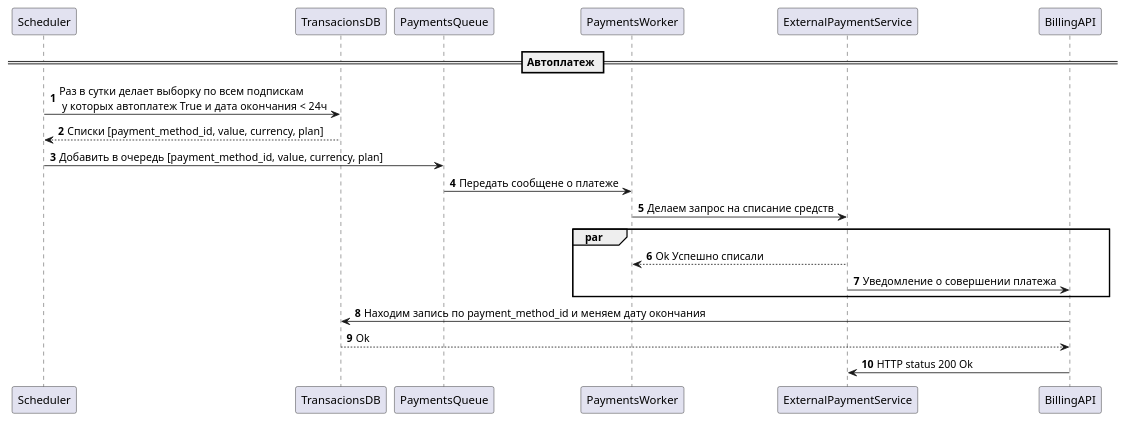
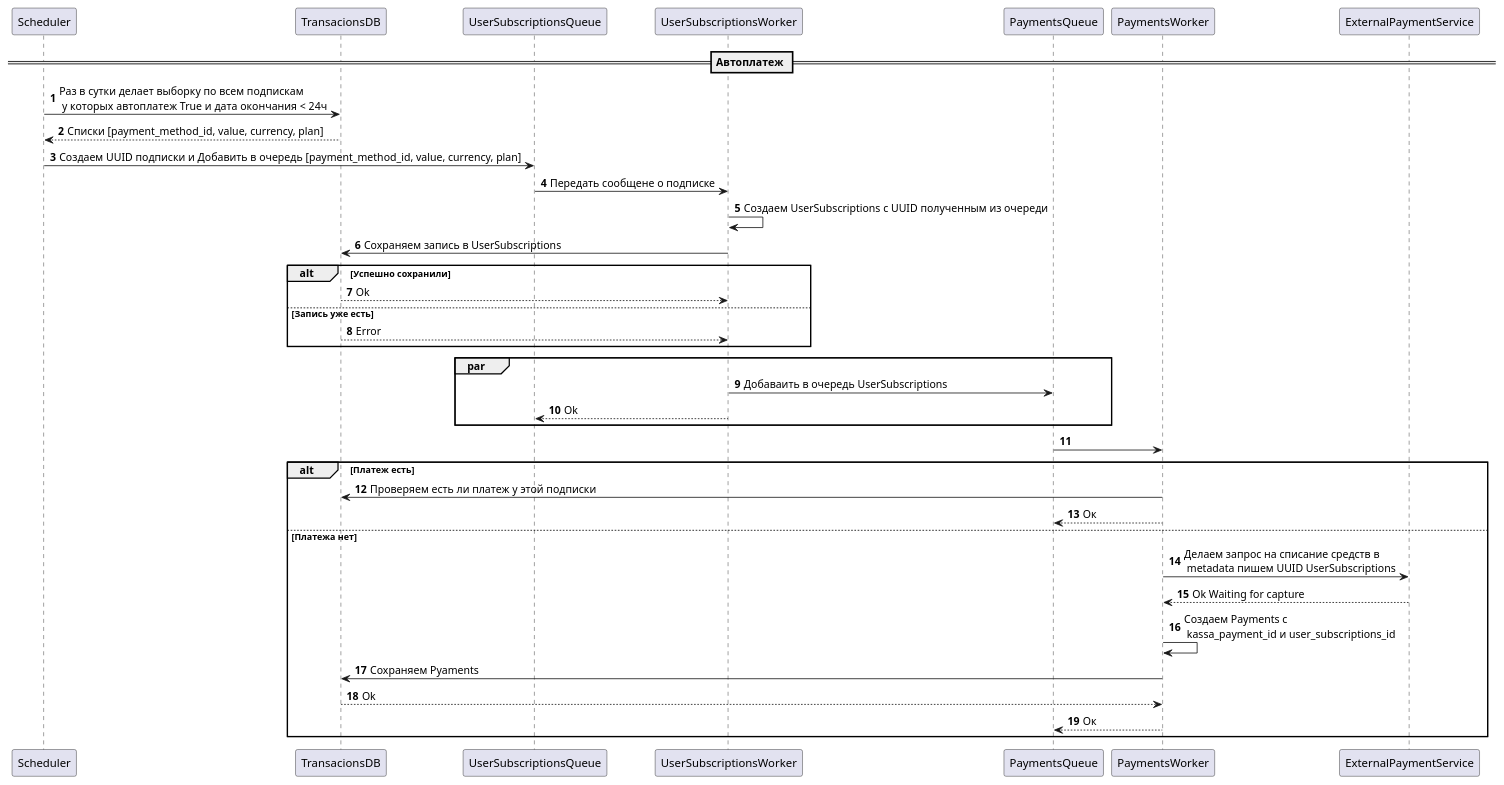
One commit to Practicum-24-10/billing changed the diagram in docs/diagrams/sequences/autopayments.puml. Above: the diagram before and after it, drawn with PlantUML.

Commit message:
Update autopayments diagram

```diff
--- a/docs/diagrams/sequences/autopayments.puml
+++ b/docs/diagrams/sequences/autopayments.puml
@@ -1,31 +1,61 @@
 @startuml to be
 
 == Автоплатеж ==
 
 autonumber
 
 Scheduler -> TransacionsDB: Раз в сутки делает выборку по всем подпискам \n у которых автоплатеж True и дата окончания < 24ч
 
 TransacionsDB --> Scheduler: Списки [payment_method_id, value, currency, plan]
 
-Scheduler -> PaymentsQueue: Добавить в очередь [payment_method_id, value, currency, plan]
+Scheduler -> UserSubscriptionsQueue: Создаем UUID подписки и Добавить в очередь [payment_method_id, value, currency, plan]
 
-PaymentsQueue -> PaymentsWorker: Передать сообщене о платеже
+UserSubscriptionsQueue -> UserSubscriptionsWorker: Передать сообщене о подписке
 
-PaymentsWorker -> ExternalPaymentService: Делаем запрос на списание средств
+UserSubscriptionsWorker -> UserSubscriptionsWorker: Создаем UserSubscriptions с UUID полученным из очереди
+
+UserSubscriptionsWorker -> TransacionsDB: Сохраняем запись в UserSubscriptions
+
+alt Успешно сохранили
+
+TransacionsDB --> UserSubscriptionsWorker: Ok
+
+else Запись уже есть
+
+TransacionsDB --> UserSubscriptionsWorker: Error
+
+end
 
 par
 
-ExternalPaymentService --> PaymentsWorker: Ok Успешно списали
+UserSubscriptionsWorker -> PaymentsQueue: Добаваить в очередь UserSubscriptions
 
-ExternalPaymentService -> BillingAPI: Уведомление о совершении платежа
+UserSubscriptionsWorker --> UserSubscriptionsQueue: Ok
 
 end
 
-BillingAPI -> TransacionsDB: Находим запись по payment_method_id и меняем дату окончания
+PaymentsQueue -> PaymentsWorker: 
 
-TransacionsDB --> BillingAPI: Ok
+alt Платеж есть
 
-BillingAPI -> ExternalPaymentService: HTTP status 200 Ok
+PaymentsWorker -> TransacionsDB: Проверяем есть ли платеж у этой подписки
+
+PaymentsWorker --> PaymentsQueue: Ок
+
+else Платежа нет
+
+PaymentsWorker -> ExternalPaymentService: Делаем запрос на списание средств в \n metadata пишем UUID UserSubscriptions
+
+ExternalPaymentService --> PaymentsWorker: Ok Waiting for capture
+
+PaymentsWorker -> PaymentsWorker: Создаем Payments с \n kassa_payment_id и user_subscriptions_id
+
+PaymentsWorker -> TransacionsDB: Сохраняем Pyaments
+
+TransacionsDB --> PaymentsWorker: Ok
+
+PaymentsWorker --> PaymentsQueue: Ок
+
+end
 
 @enduml
```
